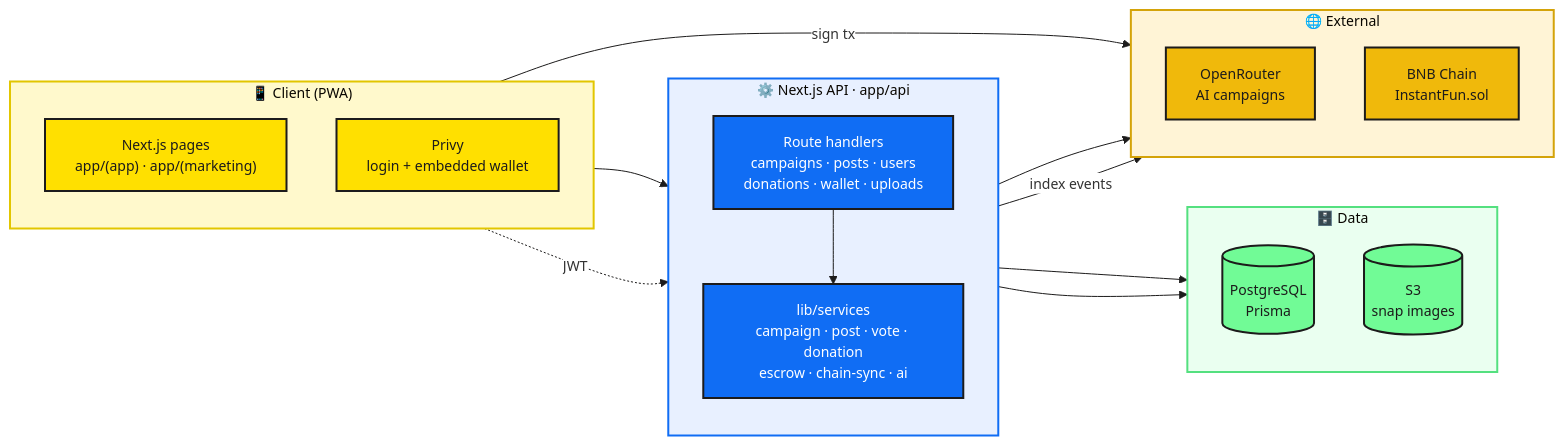
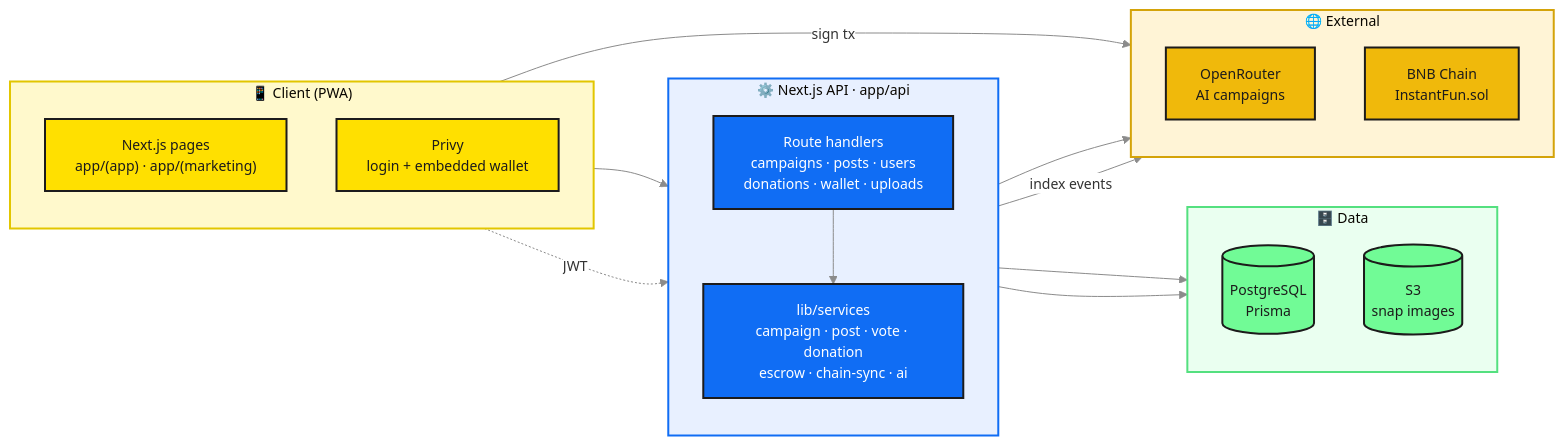
The second of 4 diagrams in README.md (sewunodetech/instant-fe), drawn with Mermaid before and after one commit. The commit also changed other lines of this file, not shown here.

Commit message:
fix: update mermaid diagram colors for improved visibility and consistency

````diff
--- a/README.md
+++ b/README.md
@@ -54,51 +54,51 @@
 ```mermaid
-%%{init: {'theme':'base', 'themeVariables': {'fontSize':'14px', 'lineColor':'#1c1b1b', 'edgeLabelBackground':'#ffffff'}}}%%
+%%{init: {'theme':'base', 'themeVariables': {'fontSize':'14px', 'lineColor':'#8b8b8b', 'edgeLabelBackground':'#ffffff'}}}%%
 flowchart LR
     subgraph CLIENT["📱 Client (PWA)"]
         direction TB
         UI["Next.js pages<br/>app/(app) · app/(marketing)"]
         PRIVY["Privy<br/>login + embedded wallet"]
     end
 
     subgraph SERVER["⚙️ Next.js API · app/api"]
         direction TB
         ROUTES["Route handlers<br/>campaigns · posts · users<br/>donations · wallet · uploads"]
         SVC["lib/services<br/>campaign · post · vote · donation<br/>escrow · chain-sync · ai"]
     end
 
     subgraph DATA["🗄️ Data"]
         direction TB
         PG[("PostgreSQL<br/>Prisma")]
         S3[("S3<br/>snap images")]
     end
 
     subgraph EXT["🌐 External"]
         direction TB
         OR["OpenRouter<br/>AI campaigns"]
         BNB["BNB Chain<br/>InstantFun.sol"]
     end
 
     UI --> ROUTES
     PRIVY -. "JWT" .-> ROUTES
     PRIVY -- "sign tx" --> BNB
     ROUTES --> SVC
     SVC --> PG
     SVC --> S3
     SVC --> OR
     SVC -- "index events" --> BNB
 
     classDef client fill:#ffe000,stroke:#1c1b1b,stroke-width:2px,color:#1c1b1b
     classDef server fill:#106df4,stroke:#1c1b1b,stroke-width:2px,color:#ffffff
     classDef data fill:#71fb96,stroke:#1c1b1b,stroke-width:2px,color:#1c1b1b
     classDef ext fill:#f0b90b,stroke:#1c1b1b,stroke-width:2px,color:#1c1b1b
 
     class UI,PRIVY client
     class ROUTES,SVC server
     class PG,S3 data
     class OR,BNB ext
 
     style CLIENT fill:#fff9cc,stroke:#e2c600,stroke-width:2px
     style SERVER fill:#e8f0ff,stroke:#106df4,stroke-width:2px
     style DATA fill:#eafff0,stroke:#54e07f,stroke-width:2px
     style EXT fill:#fff4d6,stroke:#d4a309,stroke-width:2px
 ```
````
